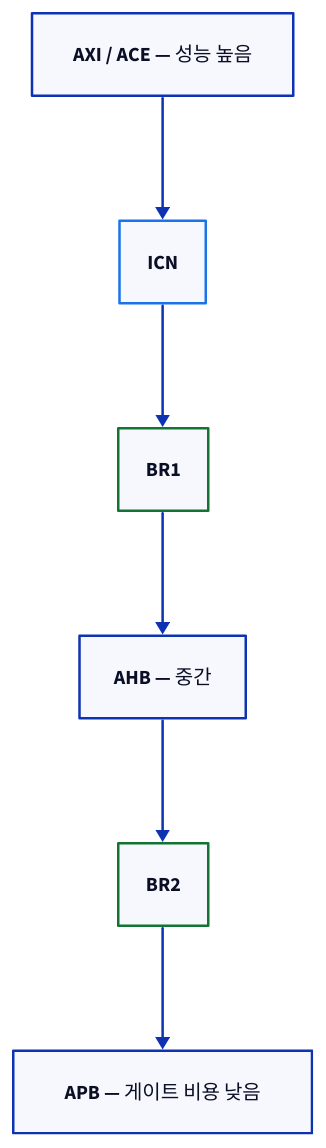
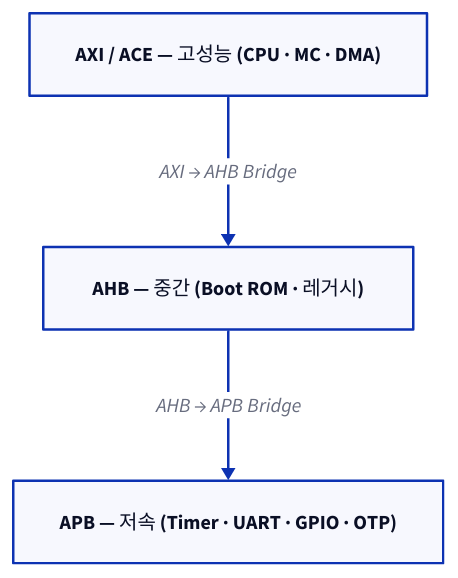
Before and after one commit to humbleowl39/DV_SKOOL: the second of 2 diagrams in topics/amba_protocols/docs/_legacy_overview.md, drawn with D2. The commit also changed 90 other files, not shown here.

First line of the commit message:
docs: 전 토픽 다이어그램 정비 — ASCII→D2, mermaid→D2, 과대 D2 가시성 수정

````diff
--- a/topics/amba_protocols/docs/_legacy_overview.md
+++ b/topics/amba_protocols/docs/_legacy_overview.md
@@ -128,34 +128,9 @@
 ```d2
 direction: down
 
-HI: "AXI / ACE — 성능 높음" {
-  direction: down
-  # unparsed: CPU["CPU"]
-  # unparsed: GPU["GPU"]
-  # unparsed: MC["MC"]
-  # unparsed: DMA1["DMA"]
-}
-MID: "AHB — 중간" {
-  direction: down
-  # unparsed: DMA2["DMA"]
-  # unparsed: BOOT["Boot ROM"]
-}
-LO: "APB — 게이트 비용 낮음" {
-  direction: down
-  # unparsed: TMR["Timer"]
-  # unparsed: UART["UART"]
-  # unparsed: GPIO["GPIO"]
-  # unparsed: OTP["OTP"]
-}
-# unparsed: ICN["AXI Interconnect"]
-# unparsed: BR1["AXI → AHB Bridge"]
-# unparsed: BR2["AHB → APB Bridge"]
-ICN { style.stroke: "#1a73e8"; style.stroke-width: 2 }
-HI -> ICN
-BR1 { style.stroke: "#137333"; style.stroke-width: 2 }
-ICN -> BR1
-BR1 -> MID
-BR2 { style.stroke: "#137333"; style.stroke-width: 2 }
-MID -> BR2
-BR2 -> LO
+HI: "AXI / ACE — 고성능 (CPU · MC · DMA)"
+MID: "AHB — 중간 (Boot ROM · 레거시)"
+LO: "APB — 저속 (Timer · UART · GPIO · OTP)"
+HI -> MID: "AXI → AHB Bridge"
+MID -> LO: "AHB → APB Bridge"
 ```
````
